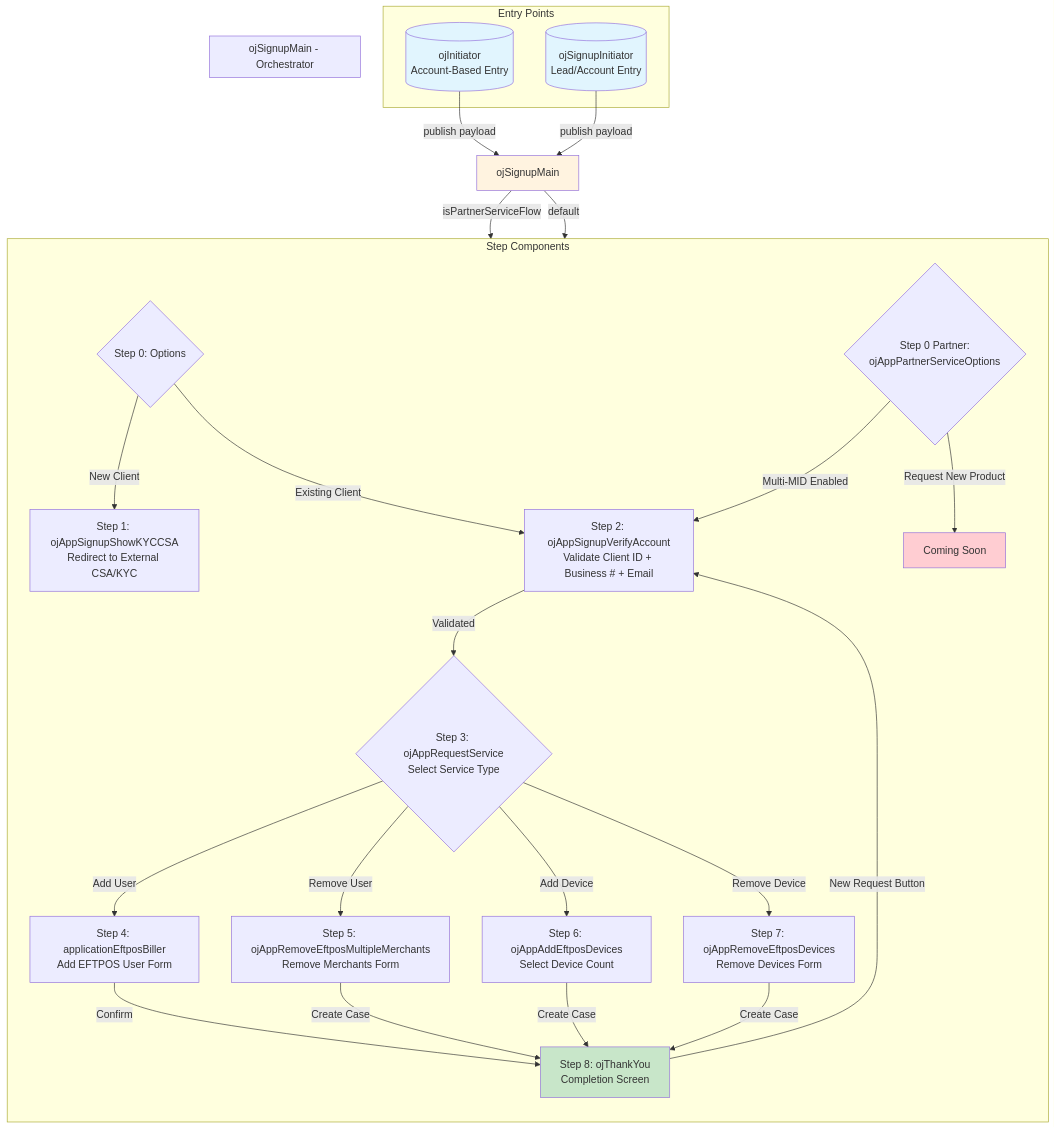
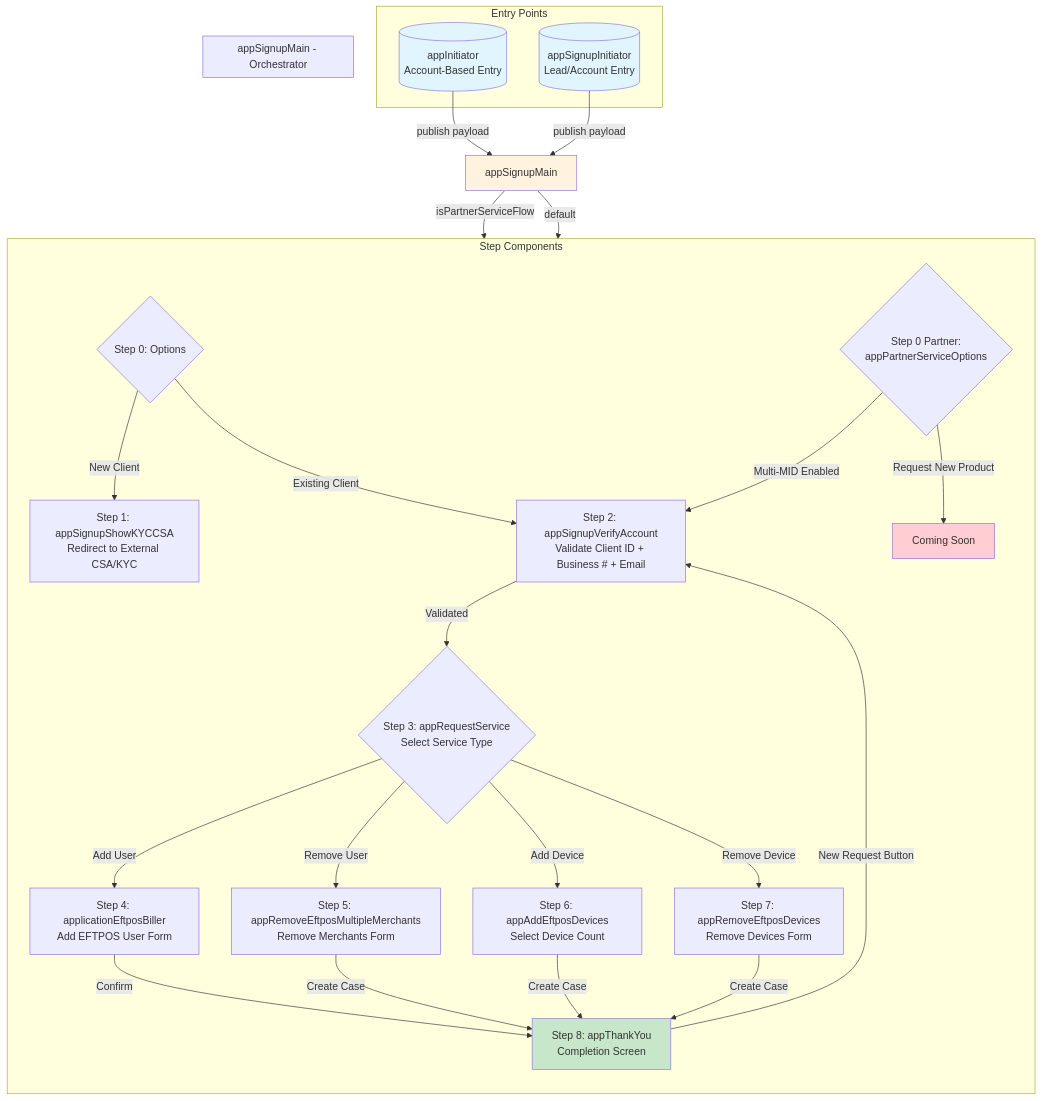
Before and after one commit to 2628377966/services-request-lwc: the first of 3 diagrams in README.md, drawn with Mermaid. The commit also changed other lines of this file, not shown here.

````diff
--- a/README.md
+++ b/README.md
@@ -70,49 +70,49 @@
 ```mermaid
 flowchart TD
     subgraph Entry["Entry Points"]
-        A[("ojInitiator<br/>Account-Based Entry")]
-        B[("ojSignupInitiator<br/>Lead/Account Entry")]
+        A[("appInitiator<br/>Account-Based Entry")]
+        B[("appSignupInitiator<br/>Lead/Account Entry")]
     end
 
-    subgraph MainContainer["ojSignupMain - Orchestrator"]
+    subgraph MainContainer["appSignupMain - Orchestrator"]
         direction LR
     end
 
-    A -->|publish payload| MAIN[ojSignupMain]
+    A -->|publish payload| MAIN[appSignupMain]
     B -->|publish payload| MAIN
 
     subgraph Steps["Step Components"]
         direction TB
 
         S0{Step 0: Options}
-        S0 -->|New Client| S1["Step 1: ojAppSignupShowKYCCSA<br/>Redirect to External CSA/KYC"]
-        S0 -->|Existing Client| S2["Step 2: ojAppSignupVerifyAccount<br/>Validate Client ID + Business # + Email"]
+        S0 -->|New Client| S1["Step 1: appSignupShowKYCCSA<br/>Redirect to External CSA/KYC"]
+        S0 -->|Existing Client| S2["Step 2: appSignupVerifyAccount<br/>Validate Client ID + Business # + Email"]
 
-        S0P{"Step 0 Partner:<br/>ojAppPartnerServiceOptions"}
+        S0P{"Step 0 Partner:<br/>appPartnerServiceOptions"}
         S0P -->|Multi-MID Enabled| S2
         S0P -->|Request New Product| COMING[Coming Soon]
 
-        S2 -->|Validated| S3{"Step 3: ojAppRequestService<br/>Select Service Type"}
+        S2 -->|Validated| S3{"Step 3: appRequestService<br/>Select Service Type"}
 
         S3 -->|Add User| S4["Step 4: applicationEftposBiller<br/>Add EFTPOS User Form"]
-        S3 -->|Remove User| S5["Step 5: ojAppRemoveEftposMultipleMerchants<br/>Remove Merchants Form"]
-        S3 -->|Add Device| S6["Step 6: ojAppAddEftposDevices<br/>Select Device Count"]
-        S3 -->|Remove Device| S7["Step 7: ojAppRemoveEftposDevices<br/>Remove Devices Form"]
+        S3 -->|Remove User| S5["Step 5: appRemoveEftposMultipleMerchants<br/>Remove Merchants Form"]
+        S3 -->|Add Device| S6["Step 6: appAddEftposDevices<br/>Select Device Count"]
+        S3 -->|Remove Device| S7["Step 7: appRemoveEftposDevices<br/>Remove Devices Form"]
 
-        S4 -->|Confirm| S8["Step 8: ojThankYou<br/>Completion Screen"]
+        S4 -->|Confirm| S8["Step 8: appThankYou<br/>Completion Screen"]
         S5 -->|Create Case| S8
         S6 -->|Create Case| S8
         S7 -->|Create Case| S8
     end
 
     MAIN -->|isPartnerServiceFlow| S0P
     MAIN -->|default| S0
 
     S8 -->|"New Request Button"| S2
 
     style A fill:#e1f5fe
     style B fill:#e1f5fe
     style MAIN fill:#fff3e0
     style S8 fill:#c8e6c9
     style COMING fill:#ffcdd2
 ```
````
